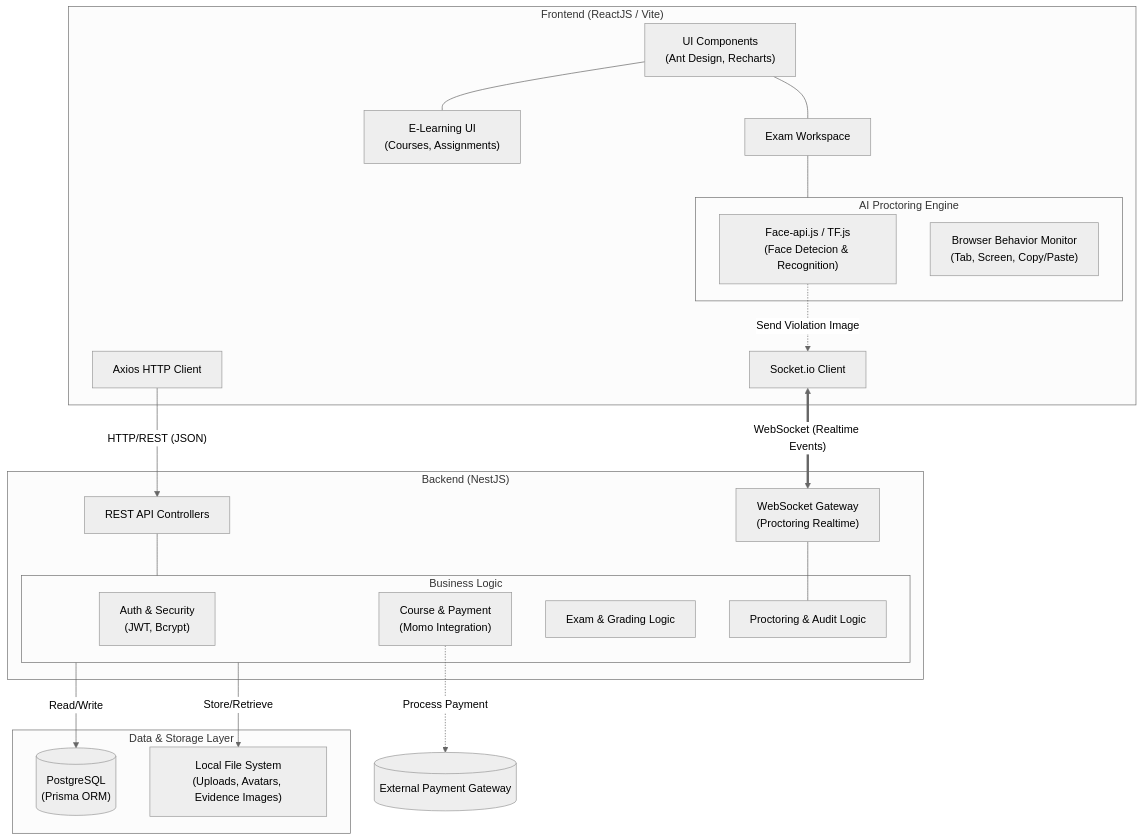
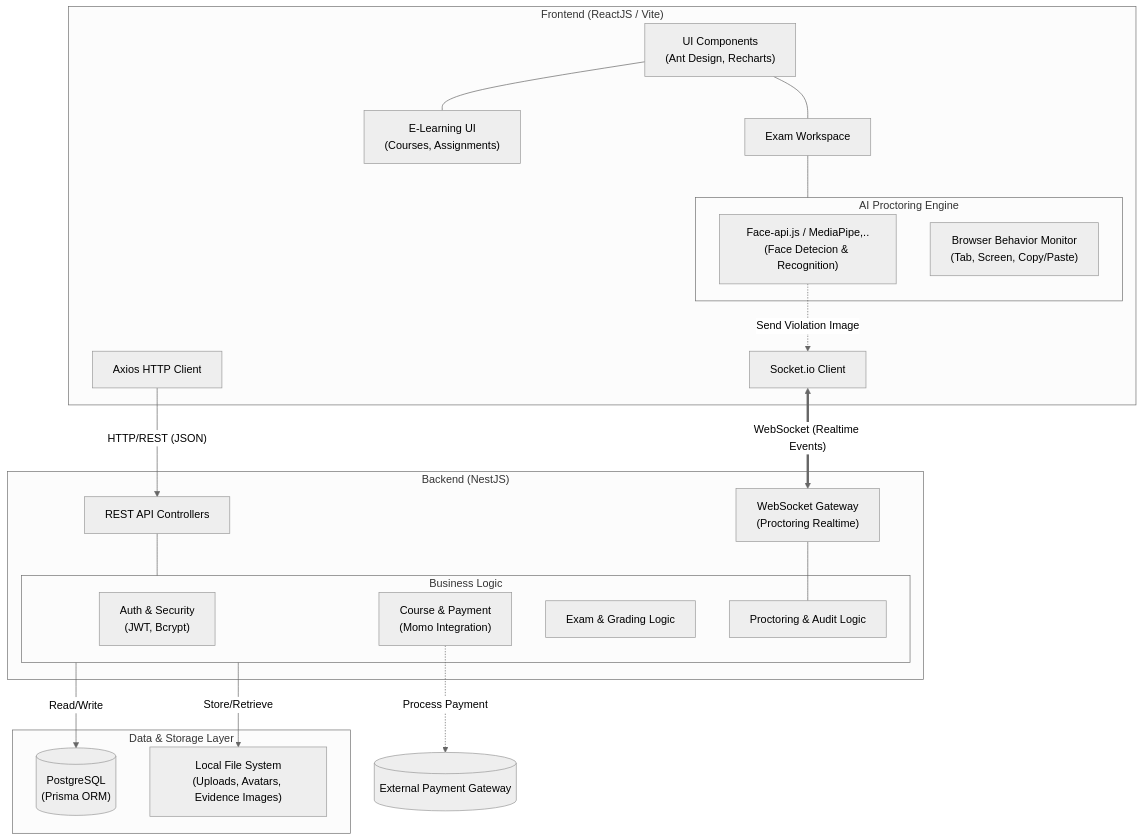
Before and after one commit to Thanhhh3008/AI-Proctoring-Exam: the diagram in README.md, drawn with Mermaid (neutral theme).

Commit message:
Question example for excel import

````diff
--- a/README.md
+++ b/README.md
@@ -37,51 +37,51 @@
 ```mermaid
 graph TD
     subgraph Client_Side ["Frontend (ReactJS / Vite)"]
         UI["UI Components<br/>(Ant Design, Recharts)"]
         LMS_UI["E-Learning UI<br/>(Courses, Assignments)"]
         Exam_UI["Exam Workspace"]
         
         subgraph AI_Engine ["AI Proctoring Engine"]
-            FaceAPI["Face-api.js / TF.js<br/>(Face Detecion & Recognition)"]
+            FaceAPI["Face-api.js / MediaPipe,..<br/>(Face Detecion & Recognition)"]
             Behavior["Browser Behavior Monitor<br/>(Tab, Screen, Copy/Paste)"]
         end
         
         SocketClient["Socket.io Client"]
         RESTClient["Axios HTTP Client"]
         
         UI --- LMS_UI
         UI --- Exam_UI
         Exam_UI --- AI_Engine
     end
 
     subgraph Server_Side ["Backend (NestJS)"]
         Controllers["REST API Controllers"]
         Gateway["WebSocket Gateway<br/>(Proctoring Realtime)"]
         
         subgraph Services ["Business Logic"]
             AuthSvc["Auth & Security<br/>(JWT, Bcrypt)"]
             CourseSvc["Course & Payment<br/>(Momo Integration)"]
             ExamSvc["Exam & Grading Logic"]
             ProctorSvc["Proctoring & Audit Logic"]
         end
         
         Controllers --- Services
         Gateway --- ProctorSvc
     end
 
     subgraph Data_Storage ["Data & Storage Layer"]
         DB[("PostgreSQL<br/>(Prisma ORM)")]
         LocalFS["Local File System<br/>(Uploads, Avatars, Evidence Images)"]
     end
 
     %% Connections
     RESTClient -- "HTTP/REST (JSON)" --> Controllers
     SocketClient <== "WebSocket (Realtime Events)" ==> Gateway
     
     Services -- "Read/Write" --> DB
     Services -- "Store/Retrieve" --> LocalFS
     
     %% Specific flows
     FaceAPI -. "Send Violation Image" .-> SocketClient
     CourseSvc -. "Process Payment" .-> ExtPayment[("External Payment Gateway")]
 ```
````
